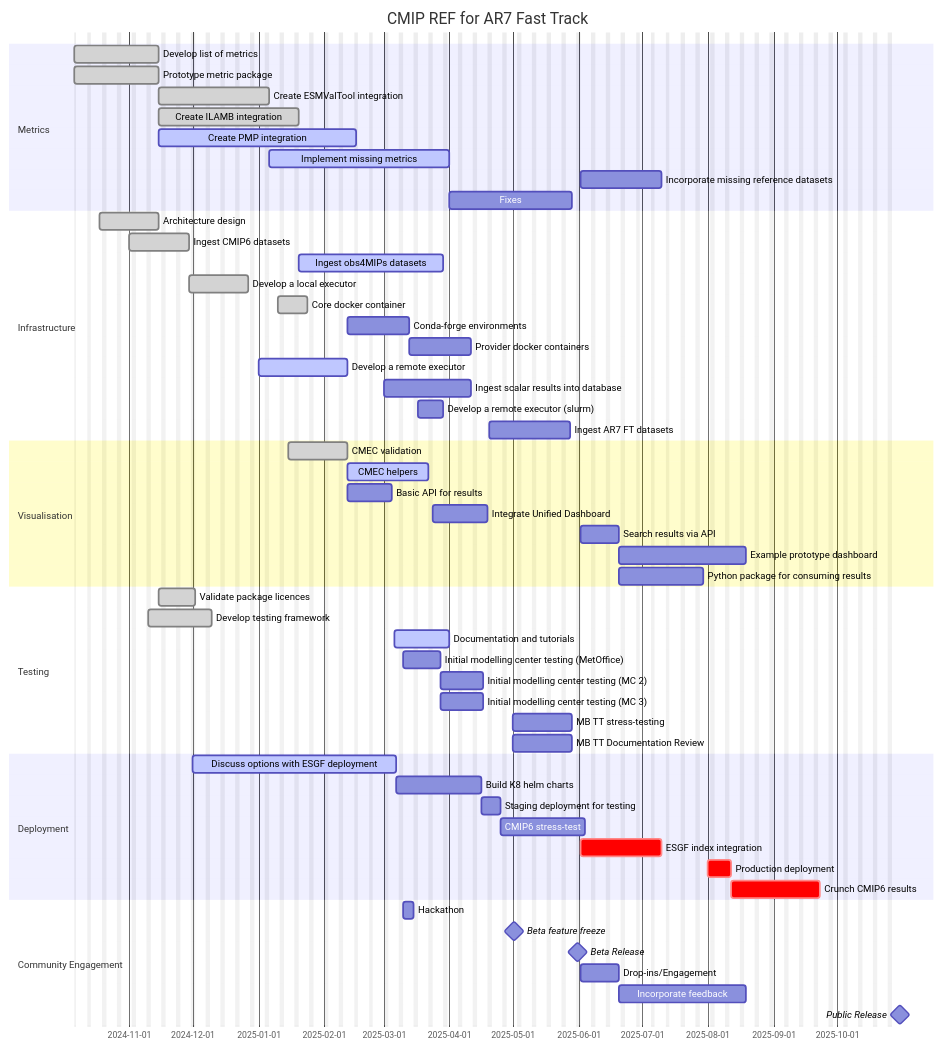
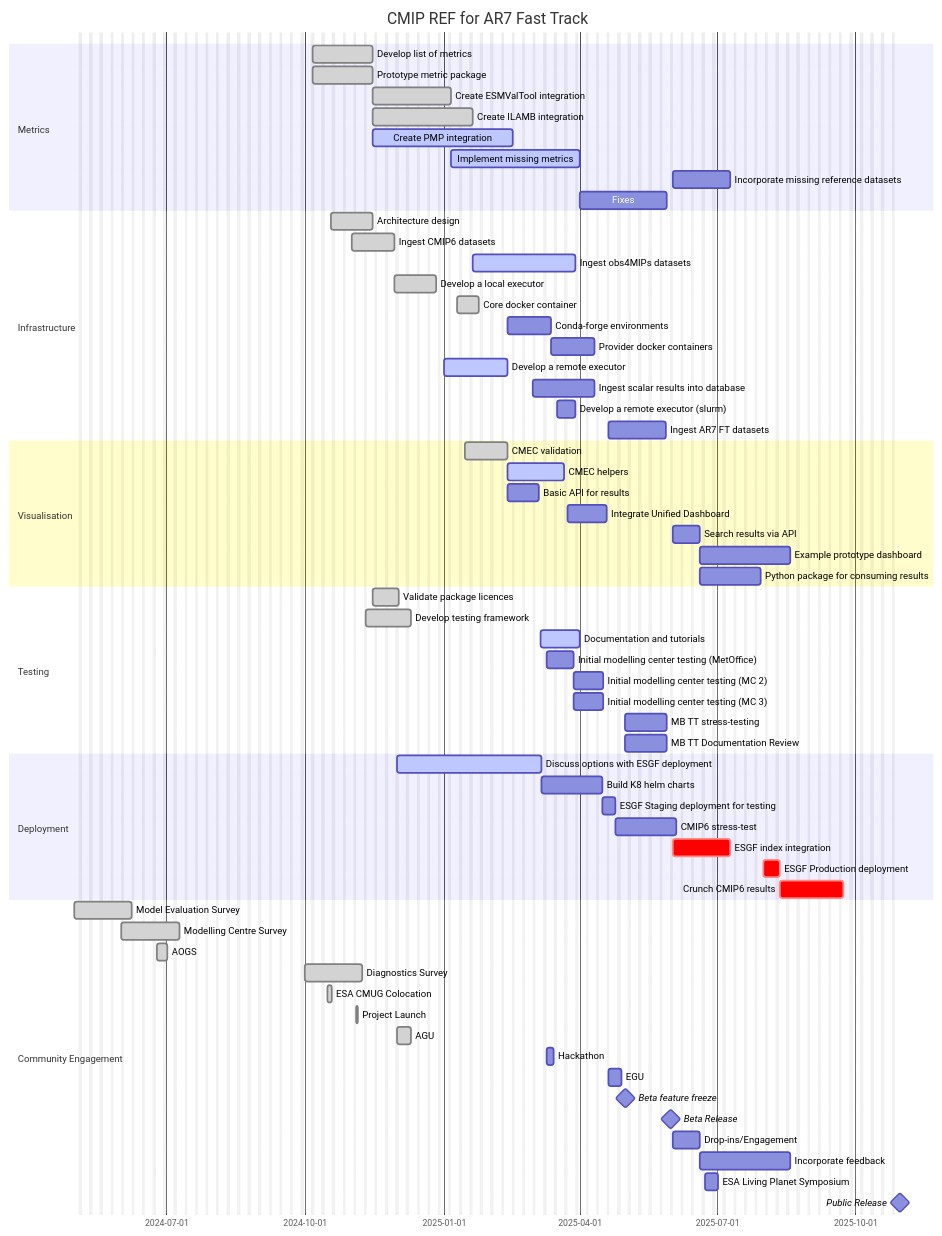
One commit to skoriche/Climate-REF4CMIP changed the diagram in docs/roadmap.md. Above: the diagram before and after it, drawn with Mermaid. The commit also changed other lines of this file and 1 other file, not shown here.

Commit message:
docs: Fixes to roadmap

````diff
--- a/docs/roadmap.md
+++ b/docs/roadmap.md
@@ -23,72 +23,82 @@
 ```mermaid
 gantt
     dateFormat  YYYY-MM-DD
     title       CMIP REF for AR7 Fast Track
     excludes    weekends
 
     section Metrics
 
     Develop list of metrics                       :done, metrics, 2024-10-06, 30d
     Prototype metric package                      :done, metricsPrototype, 2024-10-06, 30d
 
     Create ESMValTool integration                 :done, esmvaltool, after metricsPrototype, 2025-01-06
     Create ILAMB integration                      :done, ilamb, after metricsPrototype, 2025-01-20
     Create PMP integration                        :active, pmp, after metricsPrototype, 2025-02-16
 
     Implement missing metrics                     :active, missing, after esmvaltool, 2025-04-01
     Incorporate missing reference datasets        :after beta, 4w
     Fixes                                         :after missing, 6w
 
     section Infrastructure
 
     Architecture design                           :done, 2024-10-18, 20d
 
     Ingest CMIP6 datasets                         :done, cmip6, 2024-11-01, 20d
     Ingest obs4MIPs datasets                      :active, 2025-01-20, 50d
     Develop a local executor                      :done, local, after cmip6, 20d
     Core docker container                         :done, dockerise, 2025-01-10, 10d
     Conda-forge environments                      :conda, after celery, 3w
     Provider docker containers                    :after conda, 3w
     Develop a remote executor                     :active, celery, 2025-01-01, 30d
     Ingest scalar results into database           :results, 2025-03-01, 30d
     Develop a remote executor (slurm)             :slurm, after hackathon, 10d
     Ingest AR7 FT datasets                        :2025-04-20, 4w
 
     section Visualisation
 
     CMEC validation                               :done, cmec, 2025-01-15, 20d
     CMEC helpers                                  :active, cmecHelpers, after cmec, 4w
     Basic API for results                         :after celery, 15d
     Integrate Unified Dashboard                   :ud, after cmecHelpers, 20d
     Search results via API                        :api-result, after beta, 2w
     Example prototype dashboard                   :dashboad, after api-result, 6w
     Python package for consuming results          :after api-result, 4w
 
 
     section Testing
     Validate package licences                     :done, 2024-11-15, 2024-12-02
     Develop testing framework                     :done, 2024-11-10, 2024-12-10
     Documentation and tutorials                   :active, 2025-03-06, 2025-04-01
     Initial modelling center testing (MetOffice)  :mc1, 2025-03-10, 14d
     Initial modelling center testing (MC 2)       :mc2, after mc1, 14d
     Initial modelling center testing (MC 3)       :mc3, after mc1, 14d
     MB TT stress-testing                          :2025-05-01, 20d
     MB TT Documentation Review                    :2025-05-01, 20d
 
     section Deployment
     Discuss options with ESGF deployment          :active, esgf, 2024-12-01, 70d
     Build K8 helm charts                          :helm, after esgf, 4w
-    Staging deployment for testing                :staging, after helm, 1w
+    ESGF Staging deployment for testing                :staging, after helm, 1w
     CMIP6 stress-test                             :after staging, 4w
     ESGF index integration                        :crit, after beta, 4w
-    Production deployment                         :crit, prod, 2025-08-01, 1w
+    ESGF Production deployment                         :crit, prod, 2025-08-01, 1w
     Crunch CMIP6 results                          :crit, after prod, 30d
 
     section Community Engagement
+    Model Evaluation Survey                       :done, 2024-05-01, 4w
+    Modelling Centre Survey                       :done, 2024-06-01, 4w
+    AOGS                                          :done, 2024-06-25, 5d
+    Diagnostics Survey                            :done, survey, 2024-10-01, 4w
+    ESA CMUG Colocation                           :done, 2024-10-16, 3d
+    Project Launch                                :done, 2024-11-04, 1d
+    AGU                                           :done, 2024-12-01, 1w
     Hackathon                                     :hackathon, 2025-03-10, 5d
+    EGU                                           :egu, 2025-04-20, 1w
     Beta feature freeze                           :milestone, beta, 2025-05-01, 1d
     Beta Release                                  :milestone, beta, 2025-05-30, 1d
     Drop-ins/Engagement                           :engagement, after beta, 2w
     Incorporate feedback                          :after engagement, 6w
+    ESA Living Planet Symposium                   :lps, 2025-06-23, 1w
     Public Release                                :milestone, public, 2025-10-30, 1d
+
 ```
````
